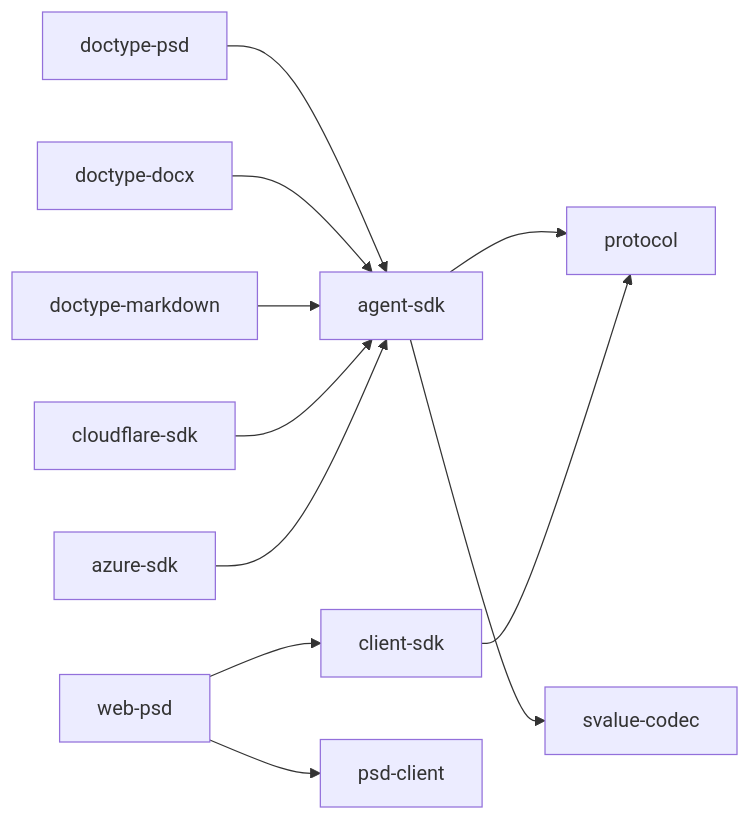
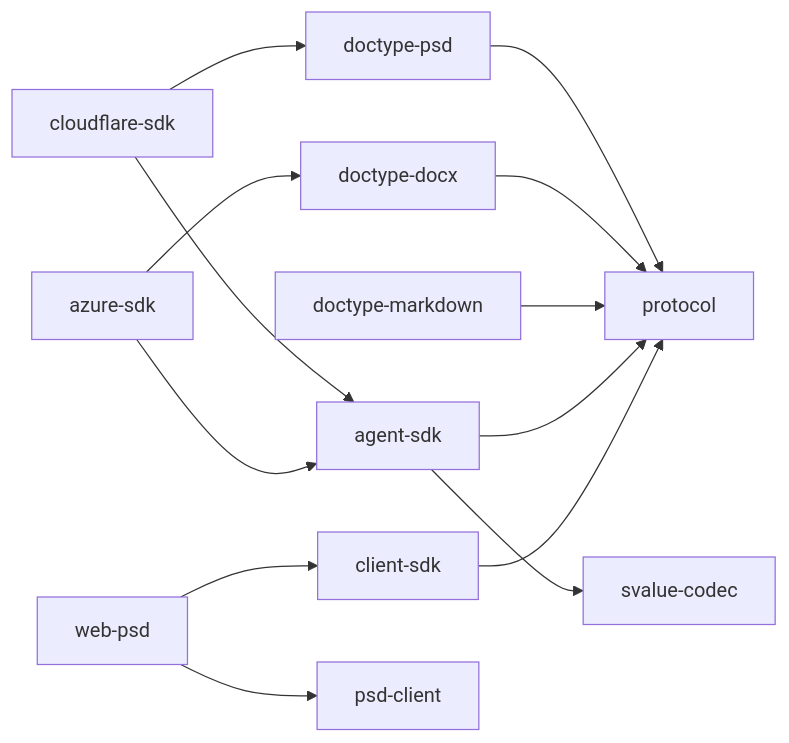
One commit to shazhou-ww/unidocs changed the fourth of 14 diagrams in docs/superpowers/specs/2026-08-26-agent-sdk-design.md. Above: the diagram before and after it, drawn with Mermaid. The commit also changed other lines of this file, not shown here.

First line of the commit message:
docs(agent-sdk): 工具分发退出内核范围,上边界沿用已有的 DocumentAgent

````diff
--- a/docs/superpowers/specs/2026-08-26-agent-sdk-design.md
+++ b/docs/superpowers/specs/2026-08-26-agent-sdk-design.md
@@ -220,13 +225,15 @@
 ```mermaid
 flowchart LR
-    psd["doctype-psd"] --> asdk["agent-sdk"]
-    docx["doctype-docx"] --> asdk
-    md["doctype-markdown"] --> asdk
-    cfsdk["cloudflare-sdk"] --> asdk
+    psd["doctype-psd"] --> proto["protocol"]
+    docx["doctype-docx"] --> proto
+    md["doctype-markdown"] --> proto
+    cfsdk["cloudflare-sdk"] --> asdk["agent-sdk"]
     azsdk["azure-sdk"] --> asdk
-    asdk --> proto["protocol"]
+    cfsdk --> psd
+    azsdk --> docx
+    asdk --> proto
     asdk --> codec["svalue-codec"]
     csdk["client-sdk"] --> proto
     web["web-psd"] --> csdk
     web --> pclient["psd-client"]
 ```
````
